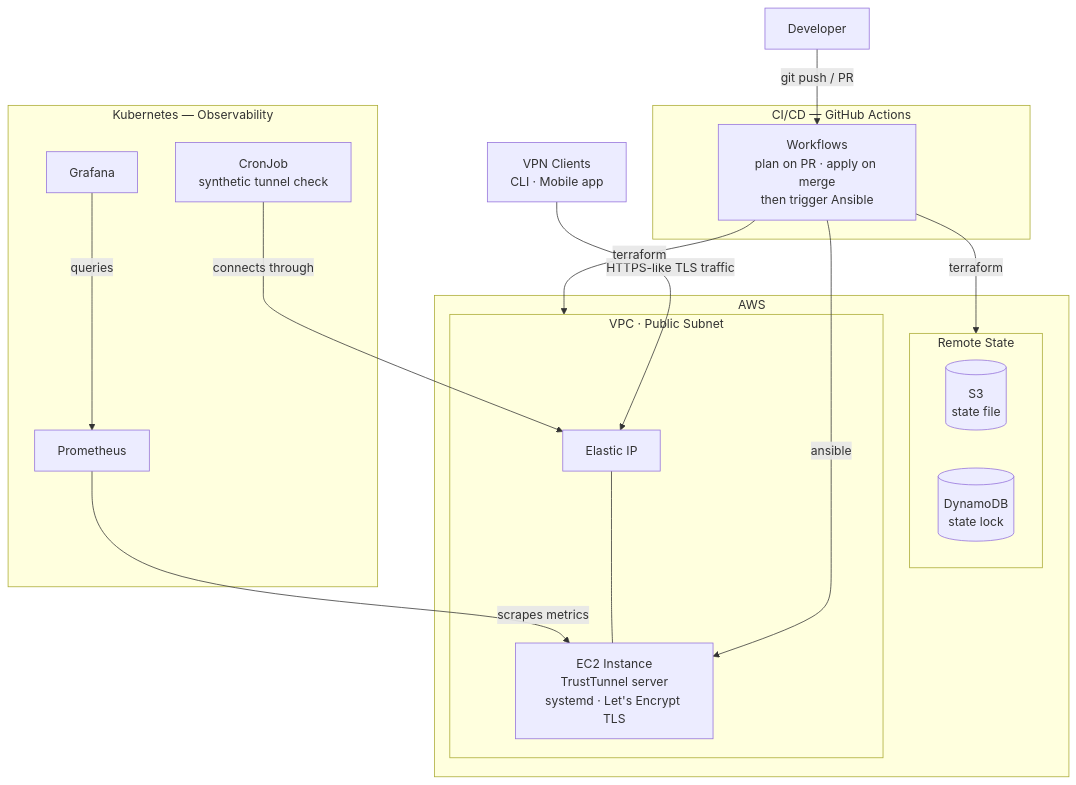
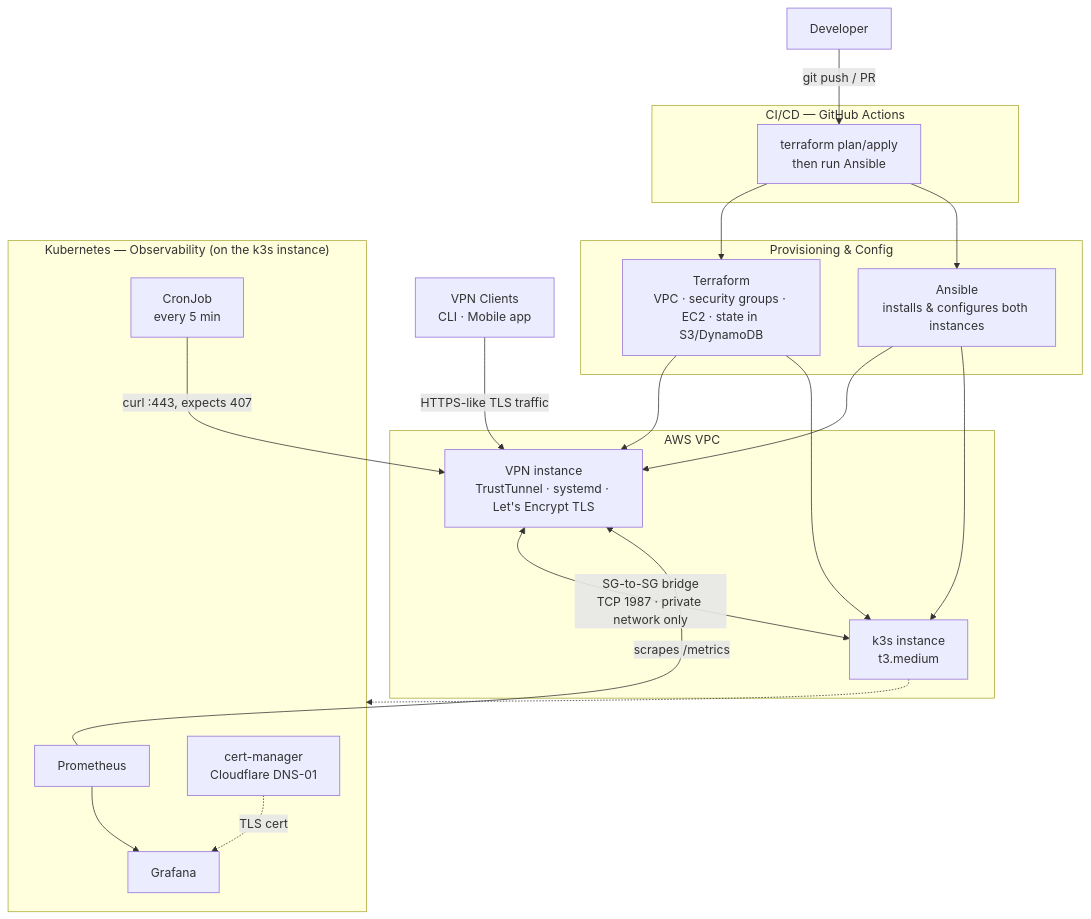
The diagram in README.md (McBrave/trusttunnel-deploy), drawn with Mermaid before and after one commit. The commit also changed other lines of this file, not shown here.

````diff
--- a/README.md
+++ b/README.md
@@ -25,37 +25,39 @@
 ```mermaid
 flowchart TB
-    Dev[Developer]
+    Dev["Developer"] -->|"git push / PR"| GHA
 
-    subgraph cicd["CI/CD — GitHub Actions"]
-        GHA["Workflows<br/>plan on PR · apply on merge<br/>then trigger Ansible"]
+    subgraph cicd [" CI/CD — GitHub Actions "]
+        GHA["terraform plan/apply<br/>then run Ansible"]
     end
 
-    subgraph aws["AWS"]
-        subgraph state["Remote State"]
-            S3[("S3<br/>state file")]
-            DDB[("DynamoDB<br/>state lock")]
-        end
-        subgraph vpc["VPC · Public Subnet"]
-            EIP["Elastic IP"]
-            EC2["EC2 Instance<br/>TrustTunnel server<br/>systemd · Let's Encrypt TLS"]
-        end
+    GHA --> TF
+    GHA --> ANS
+
+    subgraph provisioning [" Provisioning & Config "]
+        TF["Terraform<br/>VPC · security groups · EC2 · state in S3/DynamoDB"]
+        ANS["Ansible<br/>installs & configures both instances"]
     end
 
-    subgraph k8s["Kubernetes — Observability"]
-        Prom["Prometheus"]
-        Graf["Grafana"]
-        Cron["CronJob<br/>synthetic tunnel check"]
+    TF --> VPNBOX
+    TF --> K3SBOX
+    ANS --> VPNBOX
+    ANS --> K3SBOX
+
+    subgraph vpc [" AWS VPC "]
+        VPNBOX["VPN instance<br/>TrustTunnel · systemd · Let's Encrypt TLS"]
+        K3SBOX["k3s instance<br/>t3.medium"]
+        VPNBOX <-->|"SG-to-SG bridge<br/>TCP 1987 · private network only"| K3SBOX
     end
 
-    Clients["VPN Clients<br/>CLI · Mobile app"]
+    subgraph monitoring [" Kubernetes — Observability (on the k3s instance) "]
+        Prom["Prometheus"] --> Graf["Grafana"]
+        CM["cert-manager<br/>Cloudflare DNS-01"] -.->|"TLS cert"| Graf
+        Cron["CronJob<br/>every 5 min"]
+    end
 
-    Dev -->|git push / PR| GHA
-    GHA -->|terraform| state
-    GHA -->|terraform| vpc
-    GHA -->|ansible| EC2
-    EIP --- EC2
-    Clients -->|HTTPS-like TLS traffic| EIP
-    Cron -->|connects through| EIP
-    Prom -->|scrapes metrics| EC2
-    Graf -->|queries| Prom
+    K3SBOX -.-> monitoring
+
+    Clients["VPN Clients<br/>CLI · Mobile app"] -->|"HTTPS-like TLS traffic"| VPNBOX
+    Cron -->|"curl :443, expects 407"| VPNBOX
+    Prom -->|"scrapes /metrics"| VPNBOX
 ```
````
